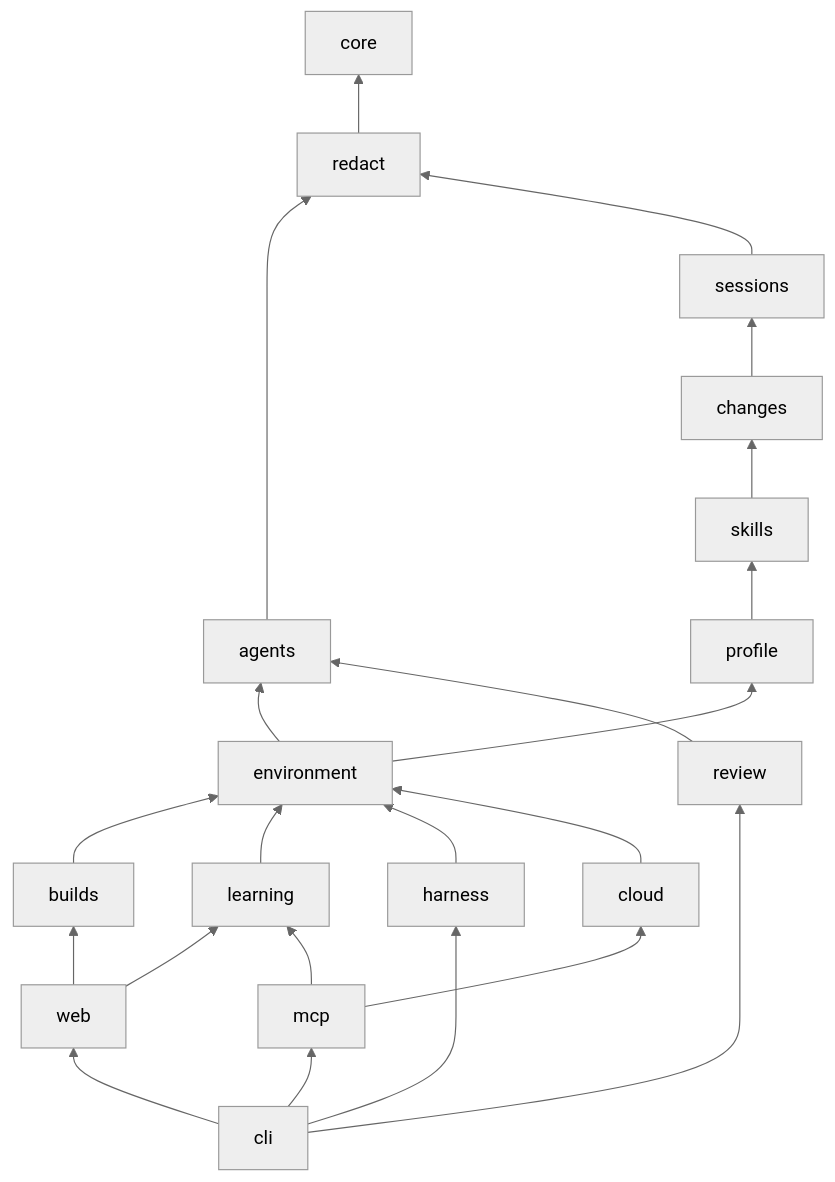
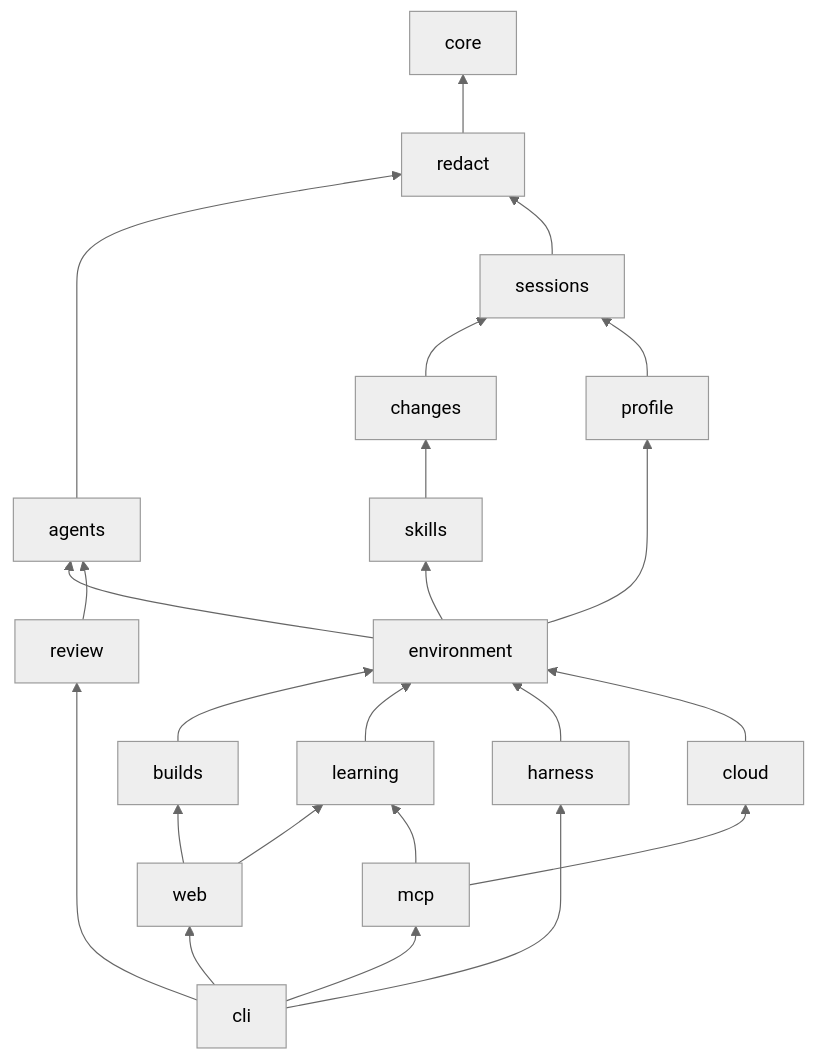
Before and after one commit to theonly1me/shadowclone: the first of 2 diagrams in docs/architecture/README.md, drawn with Mermaid (neutral theme). The commit also changed other lines of this file and 35 other files, not shown here.

````diff
--- a/docs/architecture/README.md
+++ b/docs/architecture/README.md
@@ -36,24 +36,25 @@
 ```mermaid
 graph BT
   redact --> core
   agents --> redact
   sessions --> redact
   changes --> sessions
   skills --> changes
-  profile --> skills
+  profile --> sessions
   environment --> profile
+  environment --> skills
   environment --> agents
   builds --> environment
   learning --> environment
   harness --> environment
   review --> agents
   cloud --> environment
   web --> builds
   web --> learning
   mcp --> learning
   mcp --> cloud
   cli --> mcp
   cli --> web
   cli --> harness
   cli --> review
 ```
````
